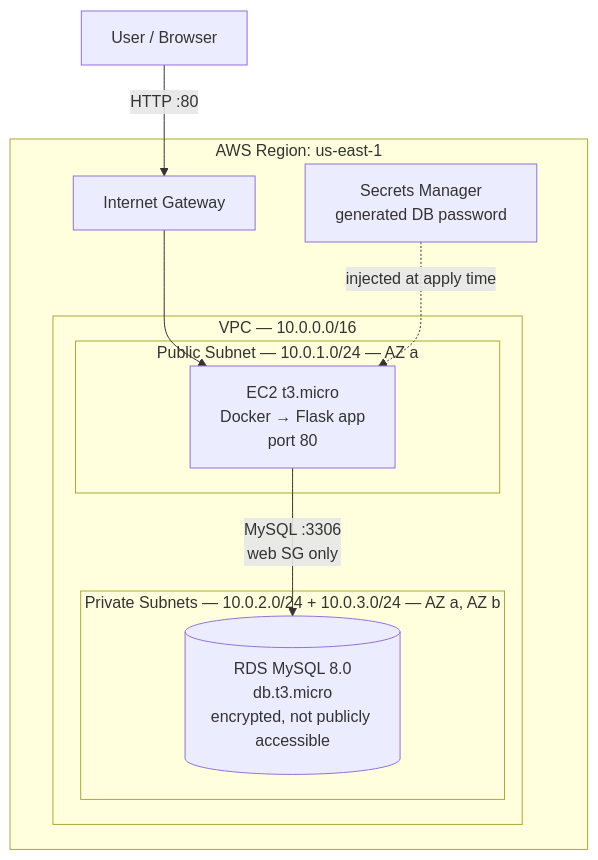
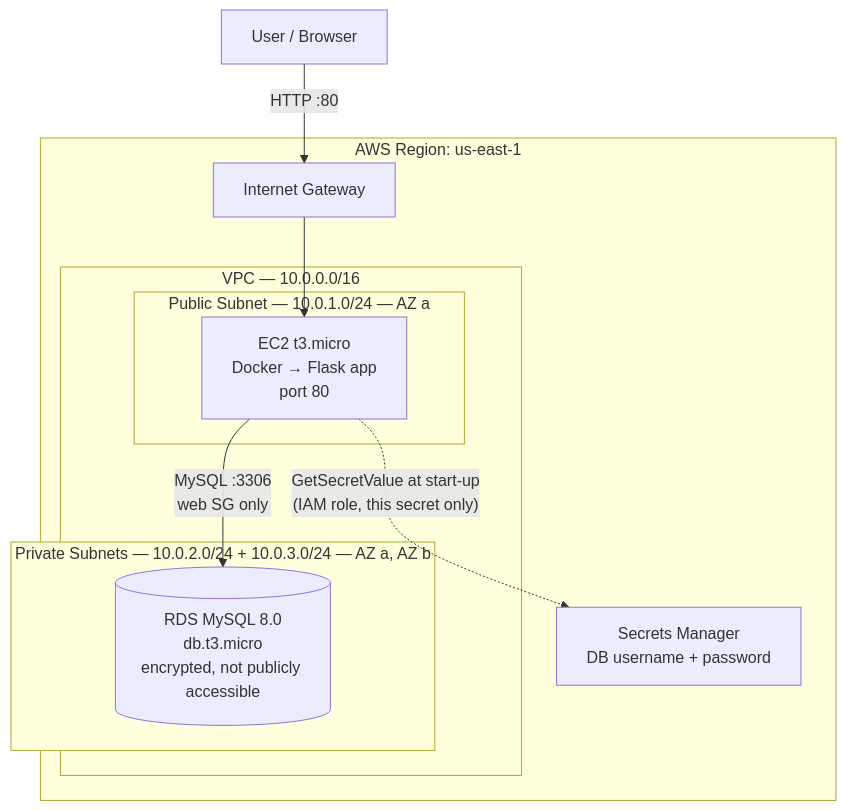
One commit to NihalRejet/aws-2tier-architecture-on-terraform changed the diagram in README.md. Above: the diagram before and after it, drawn with Mermaid. The commit also changed other lines of this file and 1 other file, not shown here.

First line of the commit message:
Docs: describe runtime secret retrieval and update cost notes

````diff
--- a/README.md
+++ b/README.md
@@ -16,24 +18,24 @@
 ```mermaid
 graph TB
     User["User / Browser"]
 
     subgraph Region["AWS Region: us-east-1"]
-        SM["Secrets Manager<br/>generated DB password"]
+        SM["Secrets Manager<br/>DB username + password"]
         IGW["Internet Gateway"]
 
         subgraph VPC["VPC &mdash; 10.0.0.0/16"]
             subgraph Public["Public Subnet &mdash; 10.0.1.0/24 &mdash; AZ a"]
                 EC2["EC2 t3.micro<br/>Docker &rarr; Flask app<br/>port 80"]
             end
 
             subgraph Private["Private Subnets &mdash; 10.0.2.0/24 + 10.0.3.0/24 &mdash; AZ a, AZ b"]
                 RDS[("RDS MySQL 8.0<br/>db.t3.micro<br/>encrypted, not publicly accessible")]
             end
         end
     end
 
     User -->|"HTTP :80"| IGW
     IGW --> EC2
     EC2 -->|"MySQL :3306<br/>web SG only"| RDS
-    SM -.->|"injected at apply time"| EC2
+    EC2 -.->|"GetSecretValue at start-up<br/>(IAM role, this secret only)"| SM
 ```
````
